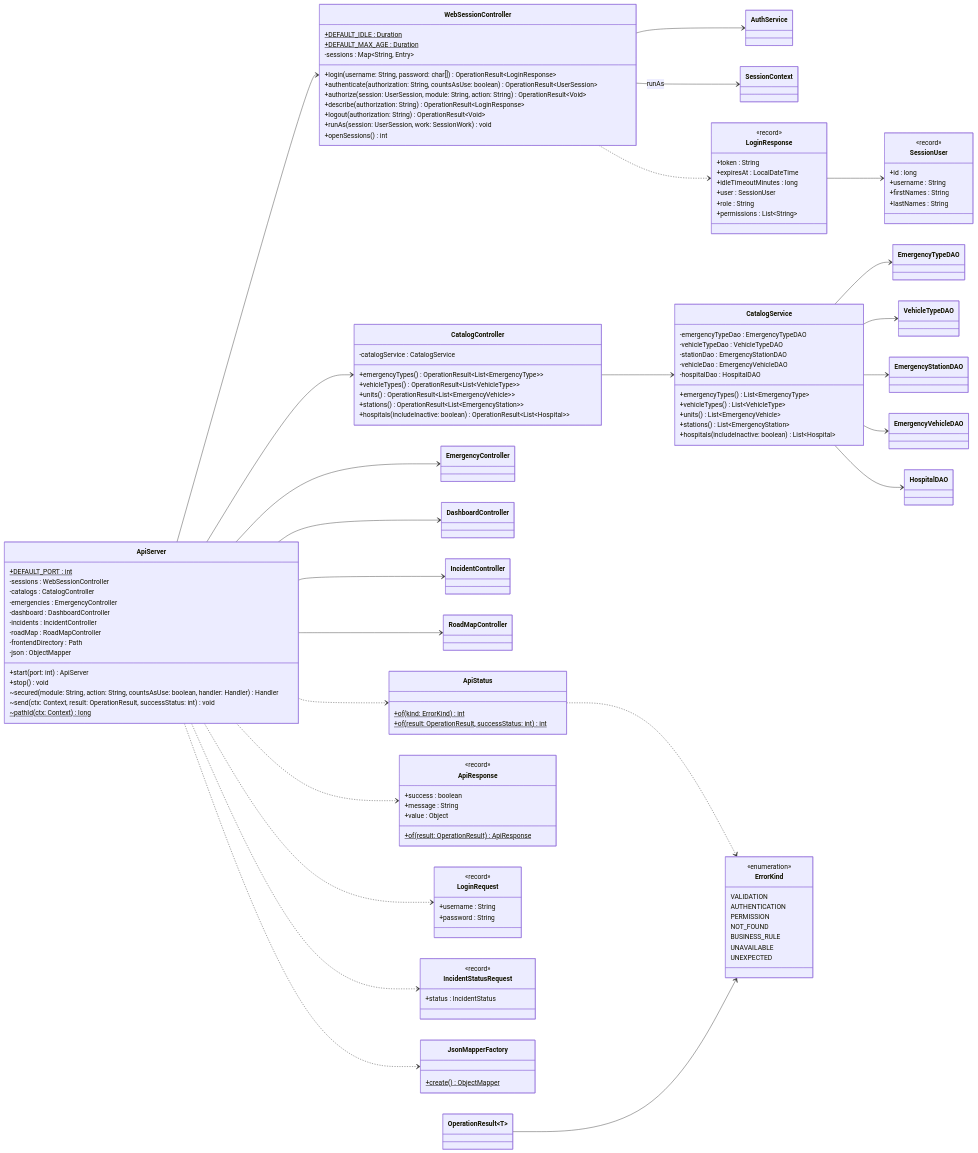
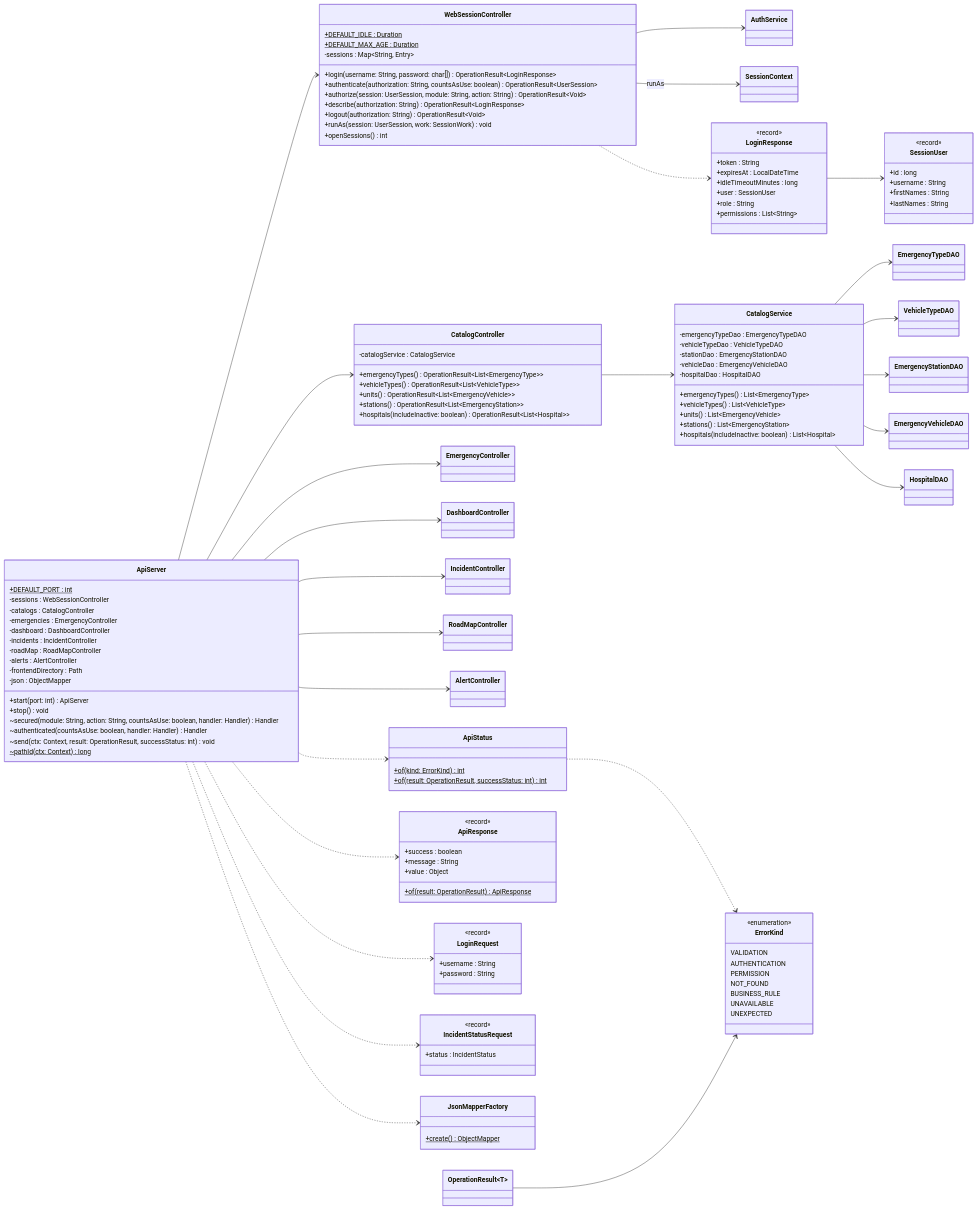
Diagram 24 of 24 in docs/class-diagram.md (afzabaleta/RutaVida), drawn with Mermaid before and after one commit. The commit also changed other lines of this file and 4 other files, not shown here.

```diff
--- a/docs/class-diagram.md
+++ b/docs/class-diagram.md
@@ -2007,11 +2011,13 @@
         -dashboard : DashboardController
         -incidents : IncidentController
         -roadMap : RoadMapController
+        -alerts : AlertController
         -frontendDirectory : Path
         -json : ObjectMapper
         +start(port: int) ApiServer
         +stop() void
         ~secured(module: String, action: String, countsAsUse: boolean, handler: Handler) Handler
+        ~authenticated(countsAsUse: boolean, handler: Handler) Handler
         ~send(ctx: Context, result: OperationResult, successStatus: int) void
         ~pathId(ctx: Context) long$
     }
@@ -2103,6 +2109,7 @@
     ApiServer --> DashboardController
     ApiServer --> IncidentController
     ApiServer --> RoadMapController
+    ApiServer --> AlertController
     ApiServer ..> ApiStatus
     ApiServer ..> ApiResponse
     ApiServer ..> LoginRequest
```
